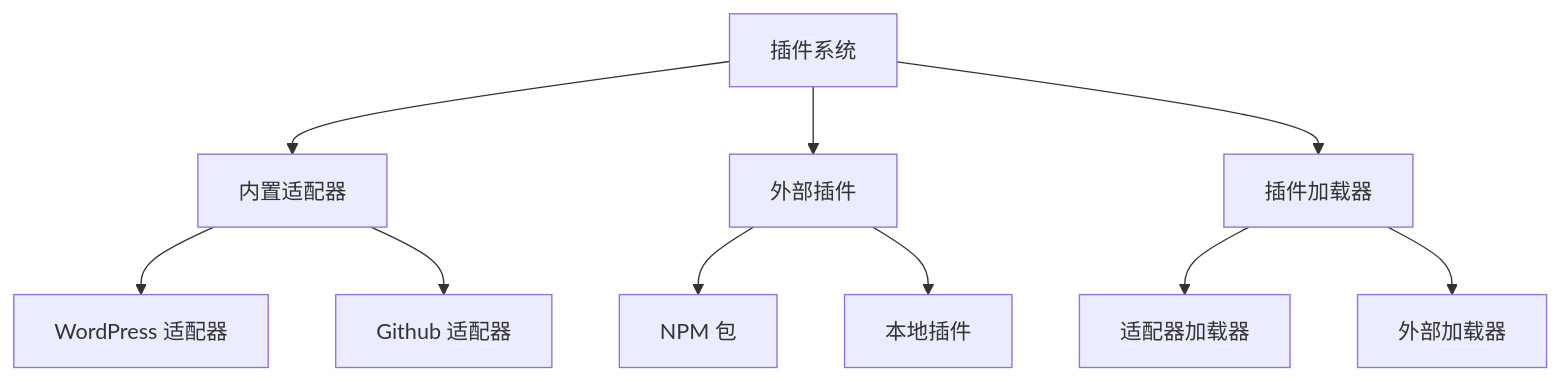
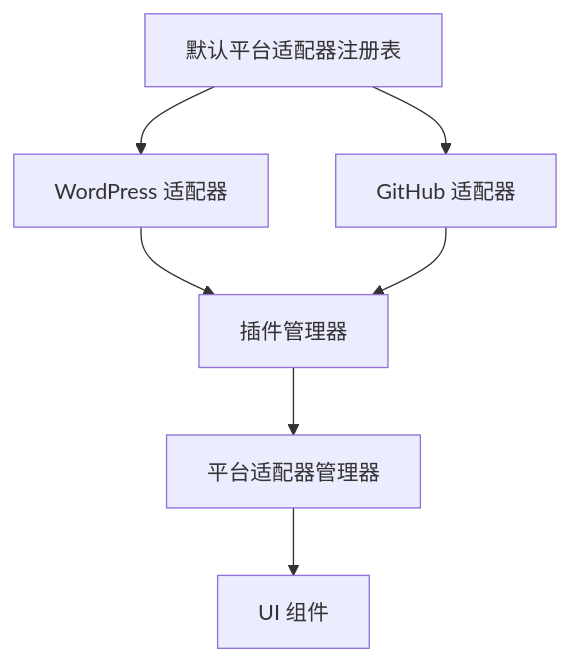
One commit to terwer/siyuan-plugin-publisher changed the second of 6 diagrams in DEVELOPMENT_zh_CN.md. Above: the diagram before and after it, drawn with Mermaid. The commit also changed other lines of this file and 6 other files, not shown here.

````diff
--- a/DEVELOPMENT_zh_CN.md
+++ b/DEVELOPMENT_zh_CN.md
@@ -88,12 +42,9 @@
 ```mermaid
 graph TD
-    A[插件系统] --> B[内置适配器]
-    A --> C[外部插件]
-    B --> D[WordPress 适配器]
-    B --> E[Github 适配器]
-    C --> F[NPM 包]
-    C --> G[本地插件]
-    A --> H[插件加载器]
-    H --> I[适配器加载器]
-    H --> J[外部加载器]
+    A[默认平台适配器注册表] --> B[WordPress 适配器]
+    A --> C[GitHub 适配器]
+    B --> D[插件管理器]
+    C --> D
+    D --> E[平台适配器管理器]
+    E --> F[UI 组件]
 ```
````
